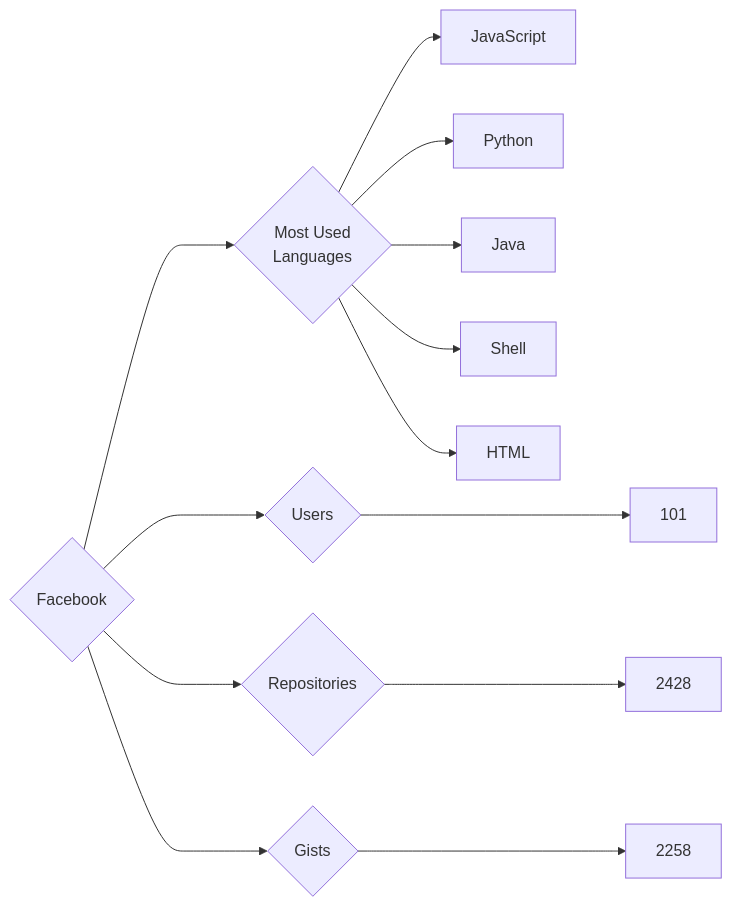
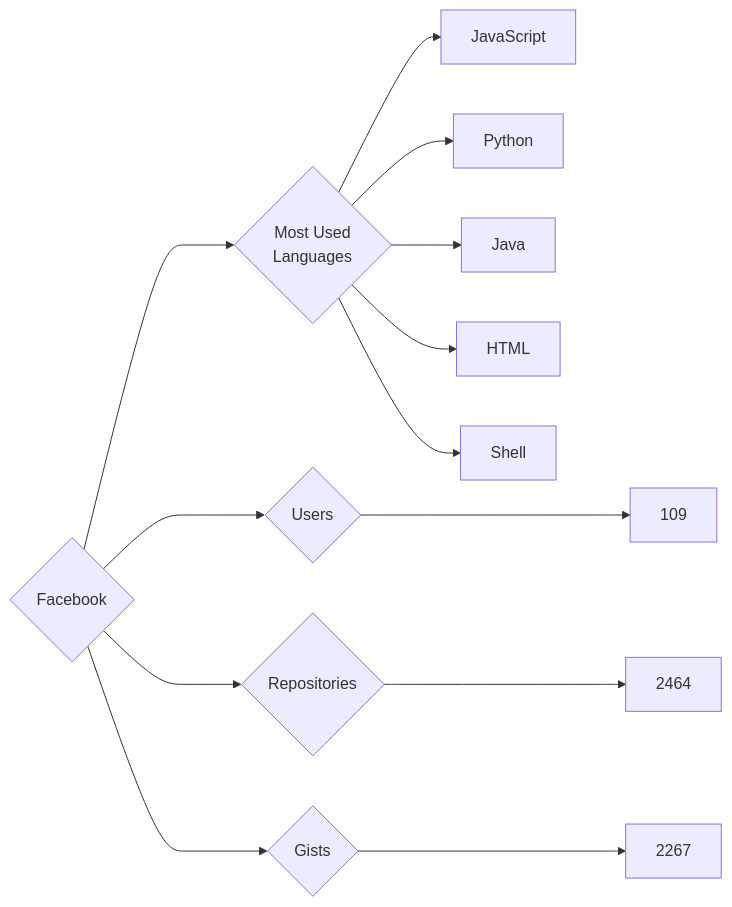
One commit to trickest/insiders changed the diagram in targets/Facebook/README.md. Above: the diagram before and after it, drawn with Mermaid. The commit also changed 823 other files, not shown here.

````diff
--- a/targets/Facebook/README.md
+++ b/targets/Facebook/README.md
@@ -3,13 +3,13 @@
 ```mermaid
 graph LR
 COMPANY_NAME{Facebook}
-COMPANY_NAME ---> U{Users} ---> UN[101]
-COMPANY_NAME ---> R{Repositories} ---> RN[2428]
-COMPANY_NAME ---> G{Gists} ---> GN[2258]
+COMPANY_NAME ---> U{Users} ---> UN[109]
+COMPANY_NAME ---> R{Repositories} ---> RN[2464]
+COMPANY_NAME ---> G{Gists} ---> GN[2267]
 COMPANY_NAME ---> ML{Most Used<br>Languages}
 ML --> JavaScript[JavaScript]
 ML --> Python[Python]
 ML --> Java[Java]
+ML --> HTML[HTML]
 ML --> Shell[Shell]
-ML --> HTML[HTML]
 ```
````
